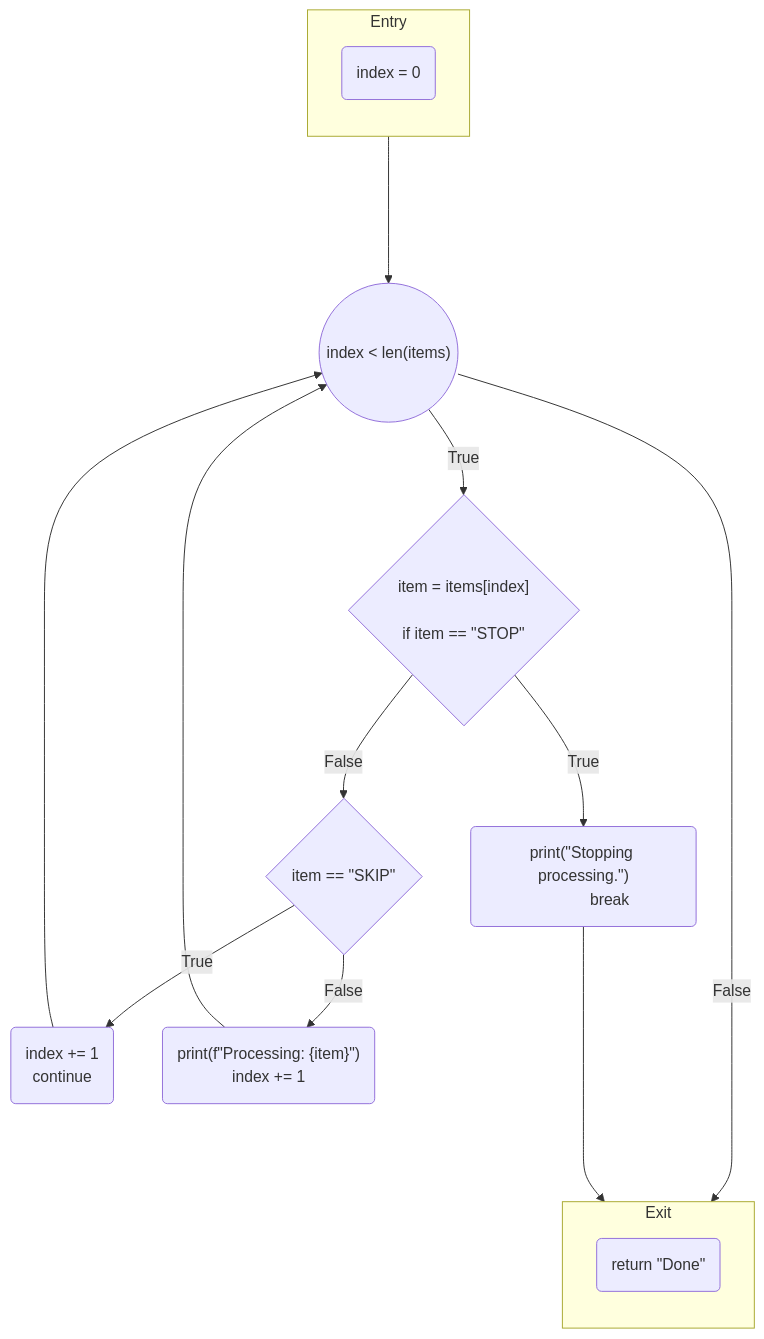
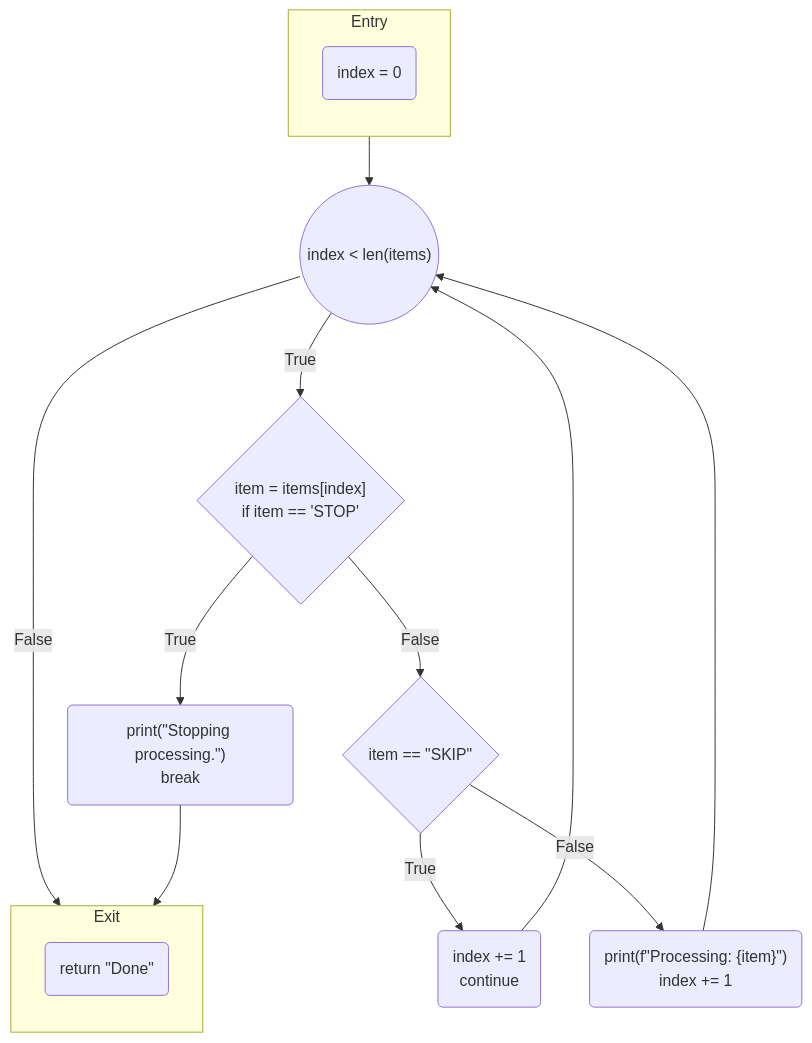
One commit to moosetechnology/moosetechnology.github.io changed the first of 18 diagrams in src/content/docs/developers/fast-cfg.mdx. Above: the diagram before and after it, drawn with Mermaid. The commit also changed 2 other files, not shown here.

Commit message:
condense the graph

````diff
--- a/src/content/docs/developers/fast-cfg.mdx
+++ b/src/content/docs/developers/fast-cfg.mdx
@@ -54,32 +54,33 @@
 ```mermaid
 flowchart TD
 	subgraph Entry
 		direction TB
 		1
 	end
 
 	subgraph Exit
 		direction TB
 		4
 	end
 
 	1("index = 0 ")
 	2(("index < len(items) "))
-	3{"item = items[index]<br/><br/>if item == &quot;STOP&quot; "}
+	3{"item = items[index]
+	if item == 'STOP' "}
 	4("return &quot;Done&quot; ")
-	5("print(&quot;Stopping processing.&quot;)<br/>            break ")
+	5("print(&quot;Stopping processing.&quot;)<br/>break ")
 	6{"item == &quot;SKIP&quot; "}
-	7("index += 1<br/>            continue ")
-	8("print(f&quot;Processing: {item}&quot;)<br/>        index += 1 ")
-	1 ----> 2
+	7("index += 1<br/>continue ")
+	8("print(f&quot;Processing: {item}&quot;)<br/>index += 1 ")
+	1 --> 2
 	2 -- True --> 3
 	2 -- False --> 4
 	3 -- True --> 5
 	3 -- False --> 6
-	5 ----> 4
+	5 --> 4
 	6 -- True --> 7
 	6 -- False --> 8
-	7 ----> 2
-	8 ----> 2
+	7 --> 2
+	8 --> 2
 	
 ```
````
